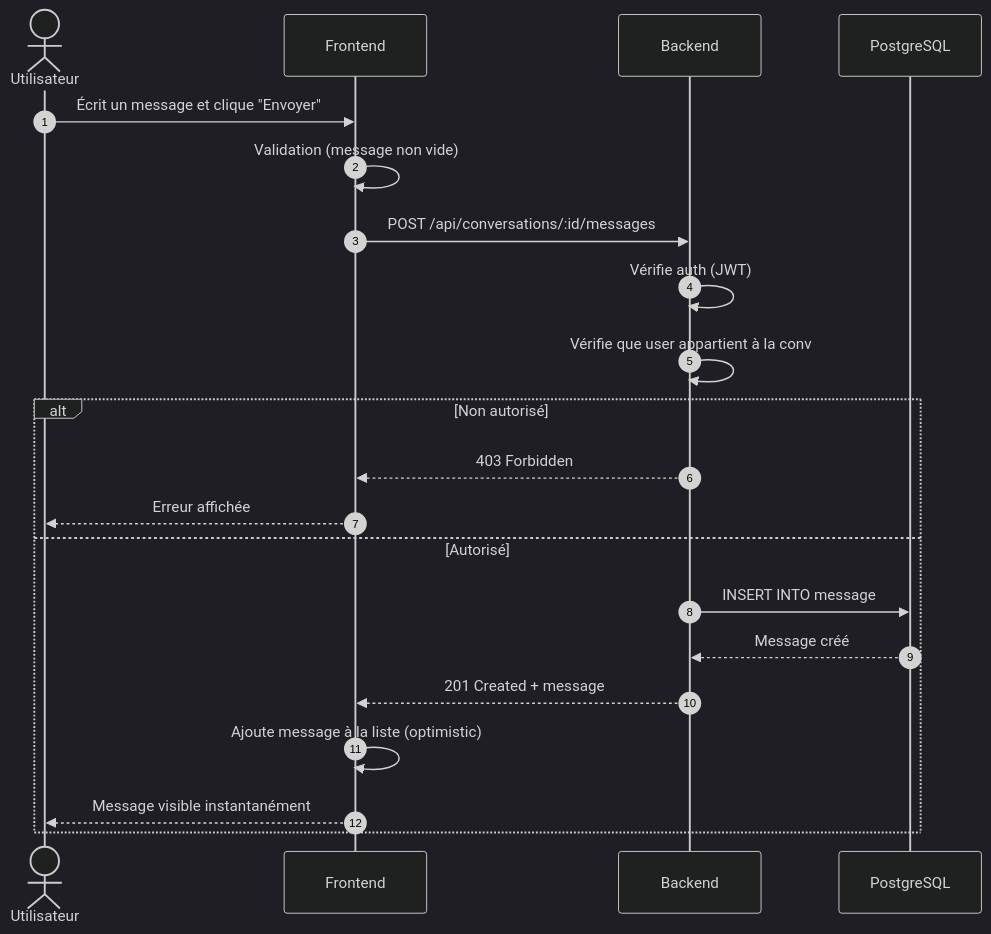
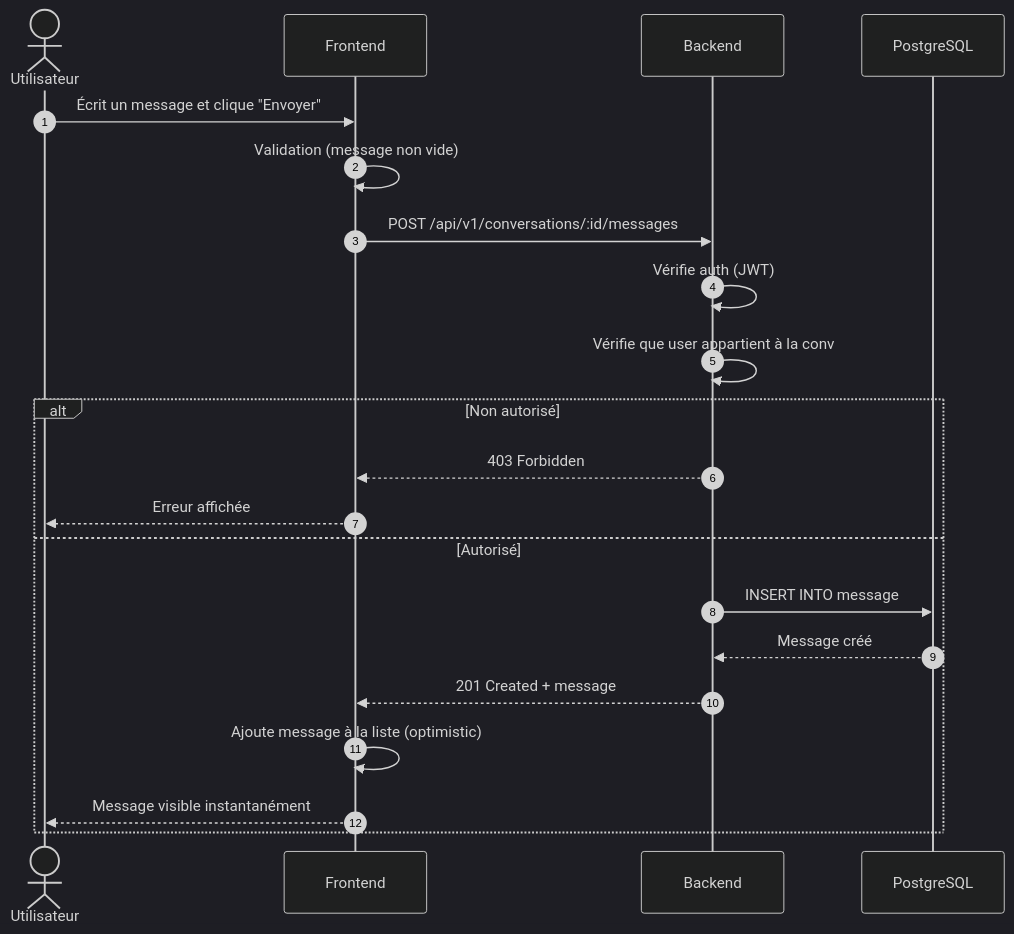
One commit to Sojeremy/documentation-skillswap changed the first of 3 diagrams in docs/documentation-implementation/arc42/06-runtime/messaging.md. Above: the diagram before and after it, drawn with Mermaid (dark theme). The commit also changed other lines of this file and 5 other files, not shown here.

First line of the commit message:
docs(arc42): aligner les Mermaid sur le préfixe /api/v1/ et le chemin /profiles (axe 3 / commit 1)

````diff
--- a/docs/documentation-implementation/arc42/06-runtime/messaging.md
+++ b/docs/documentation-implementation/arc42/06-runtime/messaging.md
@@ -5,24 +5,24 @@
 ```mermaid
 sequenceDiagram
     autonumber
     actor U as Utilisateur
     participant F as Frontend
     participant B as Backend
     participant DB as PostgreSQL
 
     U->>F: Écrit un message et clique "Envoyer"
     F->>F: Validation (message non vide)
-    F->>B: POST /api/conversations/:id/messages
+    F->>B: POST /api/v1/conversations/:id/messages
     B->>B: Vérifie auth (JWT)
     B->>B: Vérifie que user appartient à la conv
     alt Non autorisé
         B-->>F: 403 Forbidden
         F-->>U: Erreur affichée
     else Autorisé
         B->>DB: INSERT INTO message
         DB-->>B: Message créé
         B-->>F: 201 Created + message
         F->>F: Ajoute message à la liste (optimistic)
         F-->>U: Message visible instantanément
     end
 ```
````
